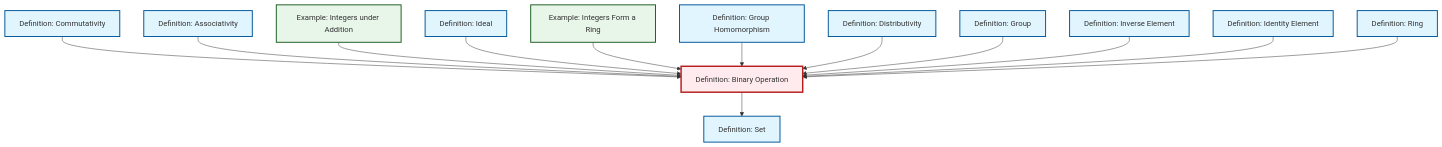
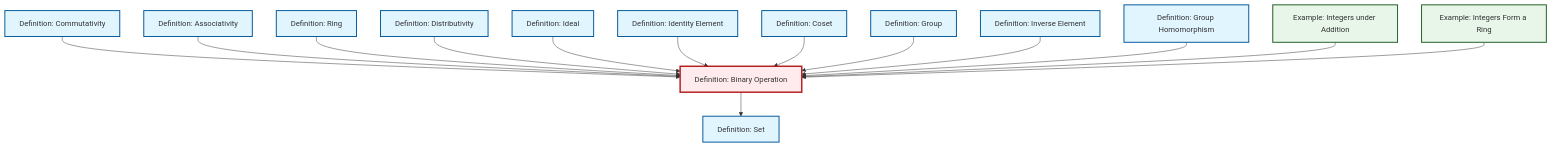
Before and after one commit to RK0429/ModernMath: the diagram in content/en/algebra/def-binary-operation.qmd, drawn with Mermaid. The commit also changed 417 other files, not shown here.

````diff
--- a/content/en/algebra/def-binary-operation.qmd
+++ b/content/en/algebra/def-binary-operation.qmd
@@ -52,47 +52,50 @@
 ```{mermaid}
 %%| fig-cap: "Local dependency graph"
 graph TD
     classDef definition fill:#e1f5fe,stroke:#01579b,stroke-width:2px
     classDef theorem fill:#f3e5f5,stroke:#4a148c,stroke-width:2px
     classDef axiom fill:#fff3e0,stroke:#e65100,stroke-width:2px
     classDef example fill:#e8f5e9,stroke:#1b5e20,stroke-width:2px
     classDef current fill:#ffebee,stroke:#b71c1c,stroke-width:3px
+    def-commutativity["Definition: Commutativity"]:::definition
     def-identity-element["Definition: Identity Element"]:::definition
+    ex-integers-ring["Example: Integers Form a Ring"]:::example
+    def-inverse-element["Definition: Inverse Element"]:::definition
+    def-distributivity["Definition: Distributivity"]:::definition
+    def-homomorphism["Definition: Group Homomorphism"]:::definition
+    def-coset["Definition: Coset"]:::definition
+    def-ring["Definition: Ring"]:::definition
+    ex-integers-addition["Example: Integers under Addition"]:::example
+    def-binary-operation["Definition: Binary Operation"]:::definition
     def-ideal["Definition: Ideal"]:::definition
-    def-set["Definition: Set"]:::definition
     def-associativity["Definition: Associativity"]:::definition
     def-group["Definition: Group"]:::definition
-    ex-integers-addition["Example: Integers under Addition"]:::example
-    def-homomorphism["Definition: Group Homomorphism"]:::definition
-    def-inverse-element["Definition: Inverse Element"]:::definition
-    def-ring["Definition: Ring"]:::definition
-    def-commutativity["Definition: Commutativity"]:::definition
-    def-distributivity["Definition: Distributivity"]:::definition
-    ex-integers-ring["Example: Integers Form a Ring"]:::example
-    def-binary-operation["Definition: Binary Operation"]:::definition
+    def-set["Definition: Set"]:::definition
     def-commutativity --> def-binary-operation
-    def-binary-operation --> def-set
     def-associativity --> def-binary-operation
-    ex-integers-addition --> def-binary-operation
+    def-ring --> def-binary-operation
+    def-distributivity --> def-binary-operation
     def-ideal --> def-binary-operation
-    ex-integers-ring --> def-binary-operation
-    def-homomorphism --> def-binary-operation
-    def-distributivity --> def-binary-operation
+    def-identity-element --> def-binary-operation
+    def-coset --> def-binary-operation
     def-group --> def-binary-operation
     def-inverse-element --> def-binary-operation
-    def-identity-element --> def-binary-operation
-    def-ring --> def-binary-operation
+    def-binary-operation --> def-set
+    def-homomorphism --> def-binary-operation
+    ex-integers-addition --> def-binary-operation
+    ex-integers-ring --> def-binary-operation
     class def-binary-operation current
+    click def-commutativity "def-commutativity.html" "Go to Commutativity definition"
     click def-identity-element "def-identity-element.html" "Go to Identity Element definition"
+    click ex-integers-ring "ex-integers-ring.html" "Go to Integers Form a Ring example"
+    click def-inverse-element "def-inverse-element.html" "Go to Inverse Element definition"
+    click def-distributivity "def-distributivity.html" "Go to Distributivity definition"
+    click def-homomorphism "def-homomorphism.html" "Go to Group Homomorphism definition"
+    click def-coset "def-coset.html" "Go to Coset definition"
+    click def-ring "def-ring.html" "Go to Ring definition"
+    click ex-integers-addition "ex-integers-addition.html" "Go to Integers under Addition example"
     click def-ideal "def-ideal.html" "Go to Ideal definition"
-    click def-set "def-set.html" "Go to Set definition"
     click def-associativity "def-associativity.html" "Go to Associativity definition"
     click def-group "def-group.html" "Go to Group definition"
-    click ex-integers-addition "ex-integers-addition.html" "Go to Integers under Addition example"
-    click def-homomorphism "def-homomorphism.html" "Go to Group Homomorphism definition"
-    click def-inverse-element "def-inverse-element.html" "Go to Inverse Element definition"
-    click def-ring "def-ring.html" "Go to Ring definition"
-    click def-commutativity "def-commutativity.html" "Go to Commutativity definition"
-    click def-distributivity "def-distributivity.html" "Go to Distributivity definition"
-    click ex-integers-ring "ex-integers-ring.html" "Go to Integers Form a Ring example"
+    click def-set "def-set.html" "Go to Set definition"
 ```
````
